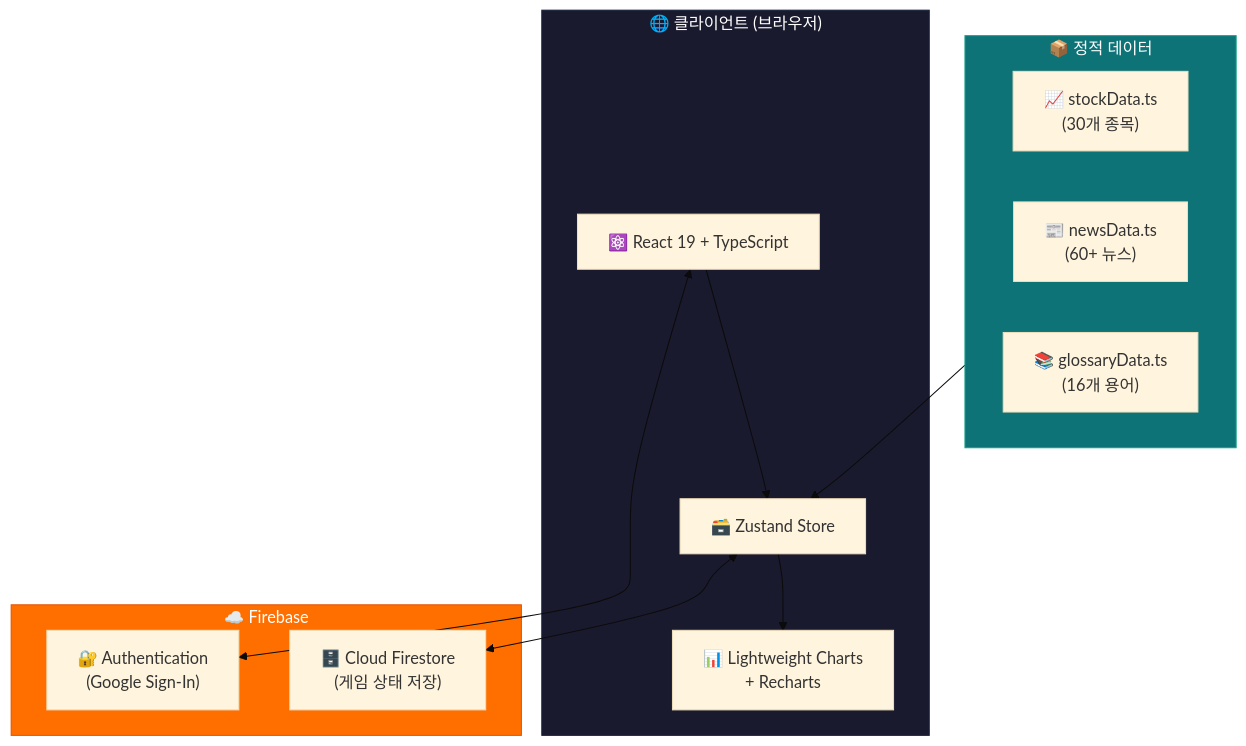
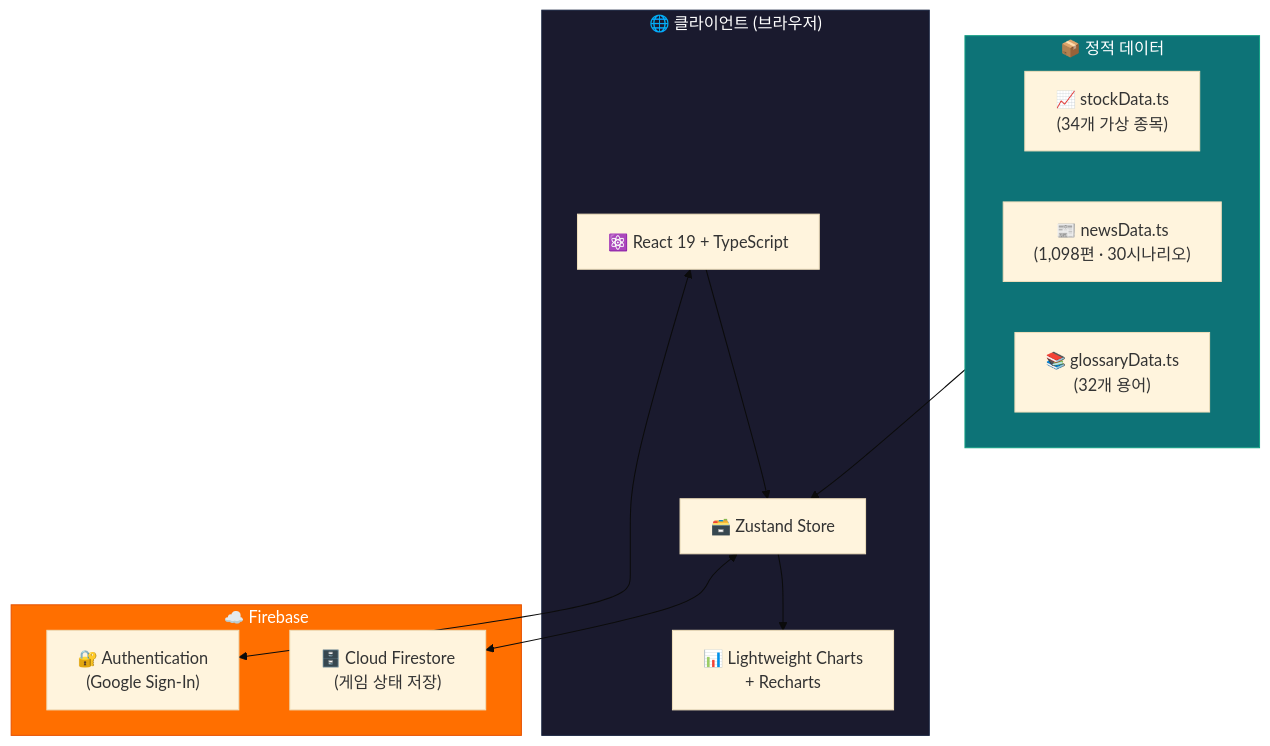
Before and after one commit to ll7098ll/stock-school: the second of 3 diagrams in README.md, drawn with Mermaid (base theme). The commit also changed other lines of this file and 5 other files, not shown here.

````diff
--- a/README.md
+++ b/README.md
@@ -335,29 +336,29 @@
 ```mermaid
 graph TB
     subgraph Client["🌐 클라이언트 (브라우저)"]
         UI["⚛️ React 19 + TypeScript"]
         Store["🗃️ Zustand Store"]
         Charts["📊 Lightweight Charts<br/>+ Recharts"]
         UI --> Store
         Store --> Charts
     end
 
     subgraph Firebase["☁️ Firebase"]
         Auth["🔐 Authentication<br/>(Google Sign-In)"]
         DB["🗄️ Cloud Firestore<br/>(게임 상태 저장)"]
     end
 
     subgraph Data["📦 정적 데이터"]
-        Stocks["📈 stockData.ts<br/>(30개 종목)"]
-        News["📰 newsData.ts<br/>(60+ 뉴스)"]
-        Glossary["📚 glossaryData.ts<br/>(16개 용어)"]
+        Stocks["📈 stockData.ts<br/>(34개 가상 종목)"]
+        News["📰 newsData.ts<br/>(1,098편 · 30시나리오)"]
+        Glossary["📚 glossaryData.ts<br/>(32개 용어)"]
     end
 
     UI <--> Auth
     Store <--> DB
     Data --> Store
 
     style Client fill:#1a1a2e,stroke:#16213e,color:#fff
     style Firebase fill:#ff6f00,stroke:#e65100,color:#fff
     style Data fill:#0d7377,stroke:#14a085,color:#fff
 ```
````
